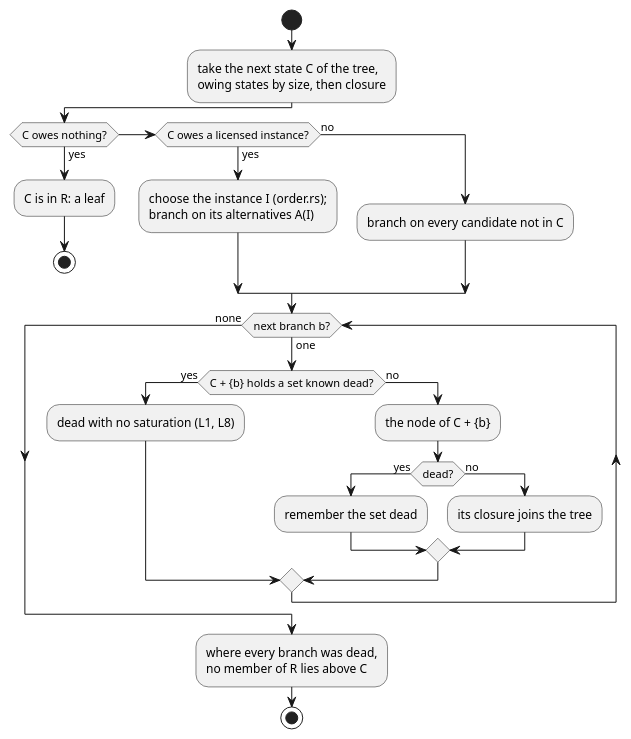
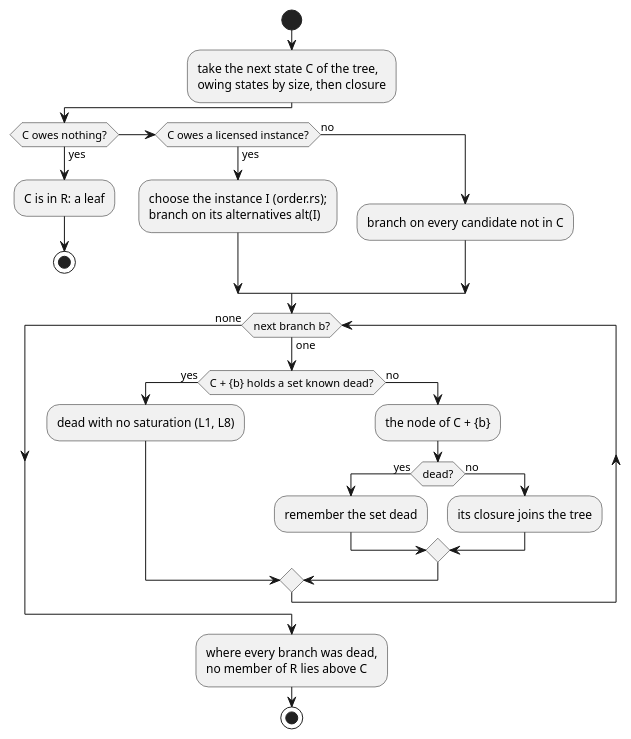
Before and after one commit to agutikov/ein: the seventh of 9 diagrams in docs/ein/ein.rs/02-algorithms.md, drawn with PlantUML. The commit also changed other lines of this file and 19 other files, not shown here.

````diff
--- a/docs/ein/ein.rs/02-algorithms.md
+++ b/docs/ein/ein.rs/02-algorithms.md
@@ -388,28 +388,28 @@
 ```plantuml
 @startuml
 start
 :take the next state C of the tree,\nowing states by size, then closure;
 if (C owes nothing?) then (yes)
   :C is in R: a leaf;
   stop
 elseif (C owes a licensed instance?) then (yes)
-  :choose the instance I (order.rs);\nbranch on its alternatives A(I);
+  :choose the instance I (order.rs);\nbranch on its alternatives alt(I);
 else (no)
   :branch on every candidate not in C;
 endif
 while (next branch b?) is (one)
   if (C + {b} holds a set known dead?) then (yes)
     :dead with no saturation (L1, L8);
   else (no)
     :the node of C + {b};
     if (dead?) then (yes)
       :remember the set dead;
     else (no)
       :its closure joins the tree;
     endif
   endif
 endwhile (none)
 :where every branch was dead,\nno member of R lies above C;
 stop
 @enduml
 ```
````
